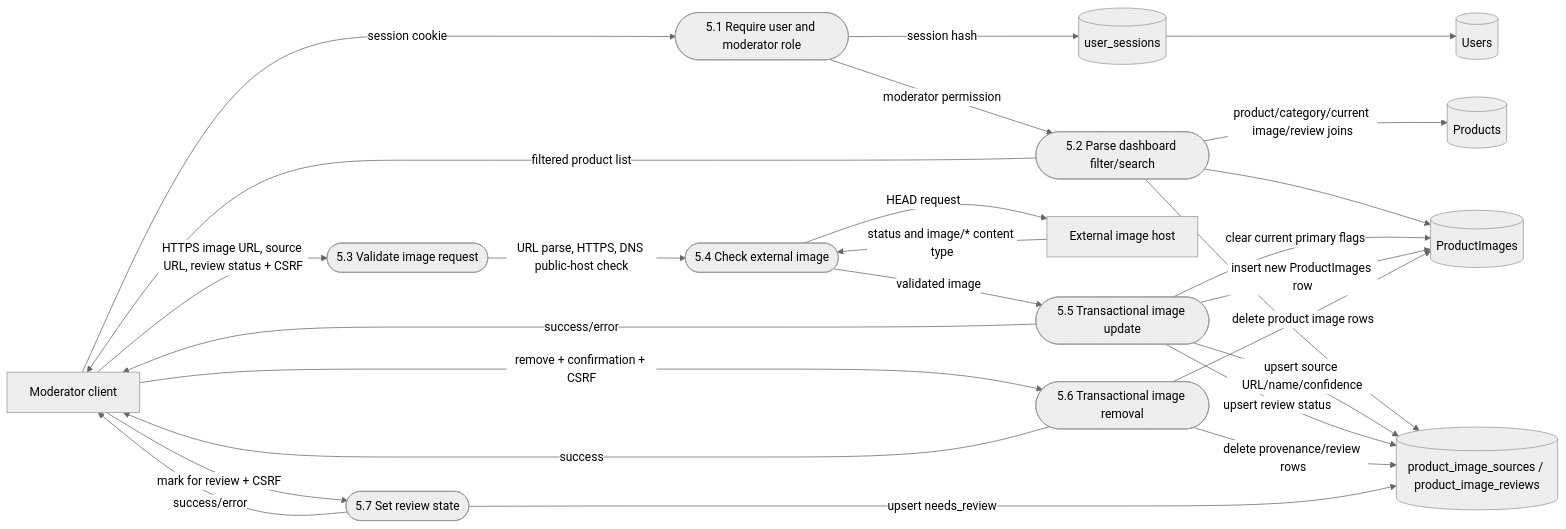
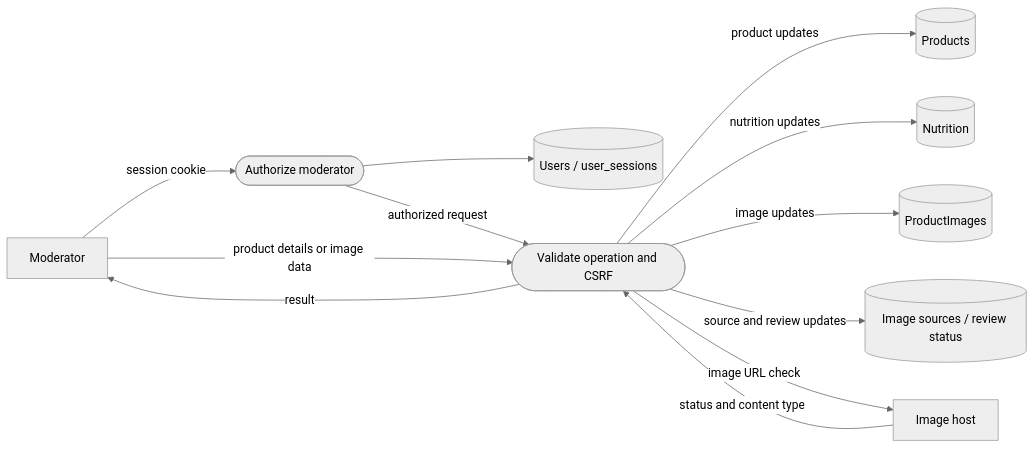
Before and after one commit to Nutrascore/nutrascore: the third of 3 diagrams in docs/software-design/dfd-level-2.md, drawn with Mermaid (neutral theme). The commit also changed other lines of this file and 94 other files, not shown here.

````diff
--- a/docs/software-design/dfd-level-2.md
+++ b/docs/software-design/dfd-level-2.md
@@ -110,31 +57,14 @@
 ```mermaid
 flowchart LR
-    M[Moderator client] -->|session cookie| R1(["5.1 Require user and moderator role"])
-    R1 -->|session hash| S[(user_sessions)]
-    S --> U[(Users)]
-    R1 -->|moderator permission| R2(["5.2 Parse dashboard filter/search"])
-    R2 -->|product/category/current image/review joins| P[(Products)]
-    R2 --> I[(ProductImages)]
-    R2 --> PR[(product_image_sources / product_image_reviews)]
-    R2 -->|filtered product list| M
-
-    M -->|HTTPS image URL, source URL, review status + CSRF| R3(["5.3 Validate image request"])
-    R3 -->|URL parse, HTTPS, DNS public-host check| R4(["5.4 Check external image"])
-    R4 -->|HEAD request| X[External image host]
-    X -->|status and image/* content type| R4
-    R4 -->|validated image| R5(["5.5 Transactional image update"])
-    R5 -->|clear current primary flags| I
-    R5 -->|insert new ProductImages row| I
-    R5 -->|upsert source URL/name/confidence| PR
-    R5 -->|upsert review status| PR
-    R5 -->|success/error| M
-
-    M -->|remove + confirmation + CSRF| R6(["5.6 Transactional image removal"])
-    R6 -->|delete product image rows| I
-    R6 -->|delete provenance/review rows| PR
-    R6 -->|success| M
-
-    M -->|mark for review + CSRF| R7(["5.7 Set review state"])
-    R7 -->|upsert needs_review| PR
-    R7 -->|success/error| M
+    M[Moderator] -->|session cookie| A(["Authorize moderator"])
+    A --> S[(Users / user_sessions)]
+    A -->|authorized request| V(["Validate operation and CSRF"])
+    M -->|product details or image data| V
+    V -->|product updates| P[(Products)]
+    V -->|nutrition updates| N[(Nutrition)]
+    V -->|image updates| I[(ProductImages)]
+    V -->|source and review updates| R[(Image sources / review status)]
+    V -->|image URL check| X[Image host]
+    X -->|status and content type| V
+    V -->|result| M
 ```
````
